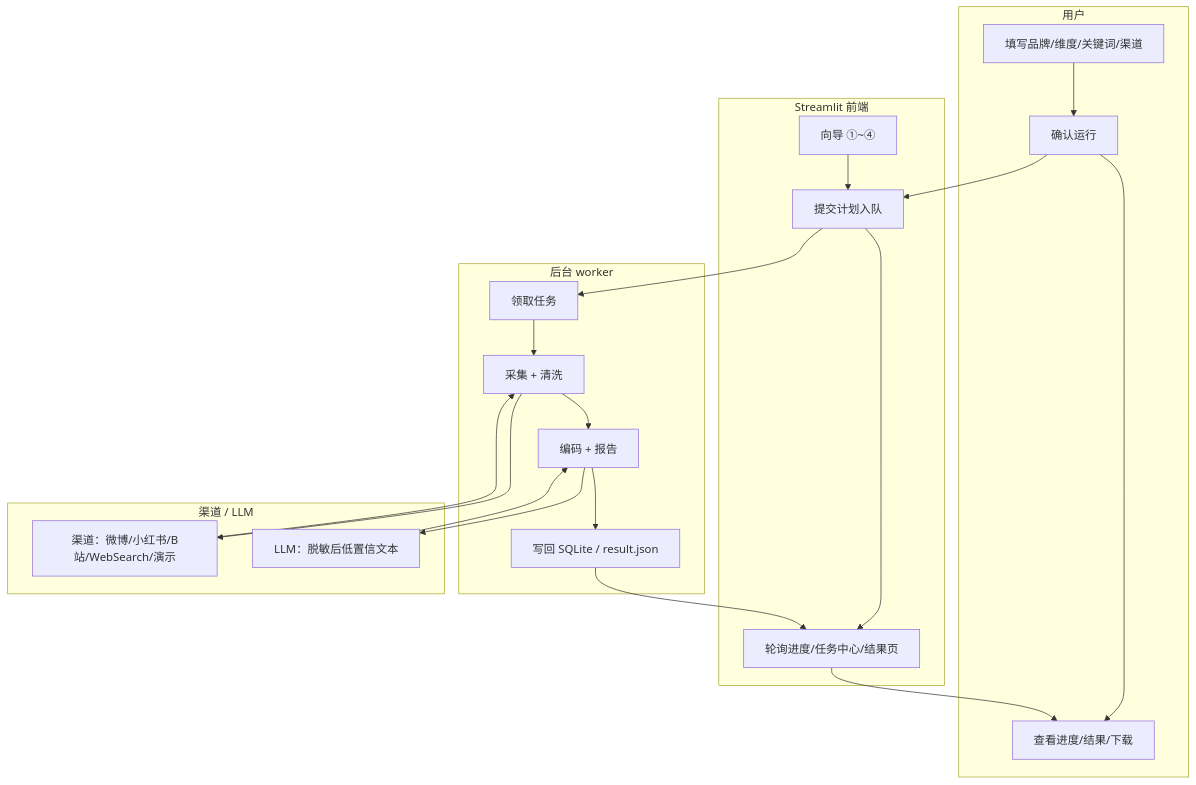
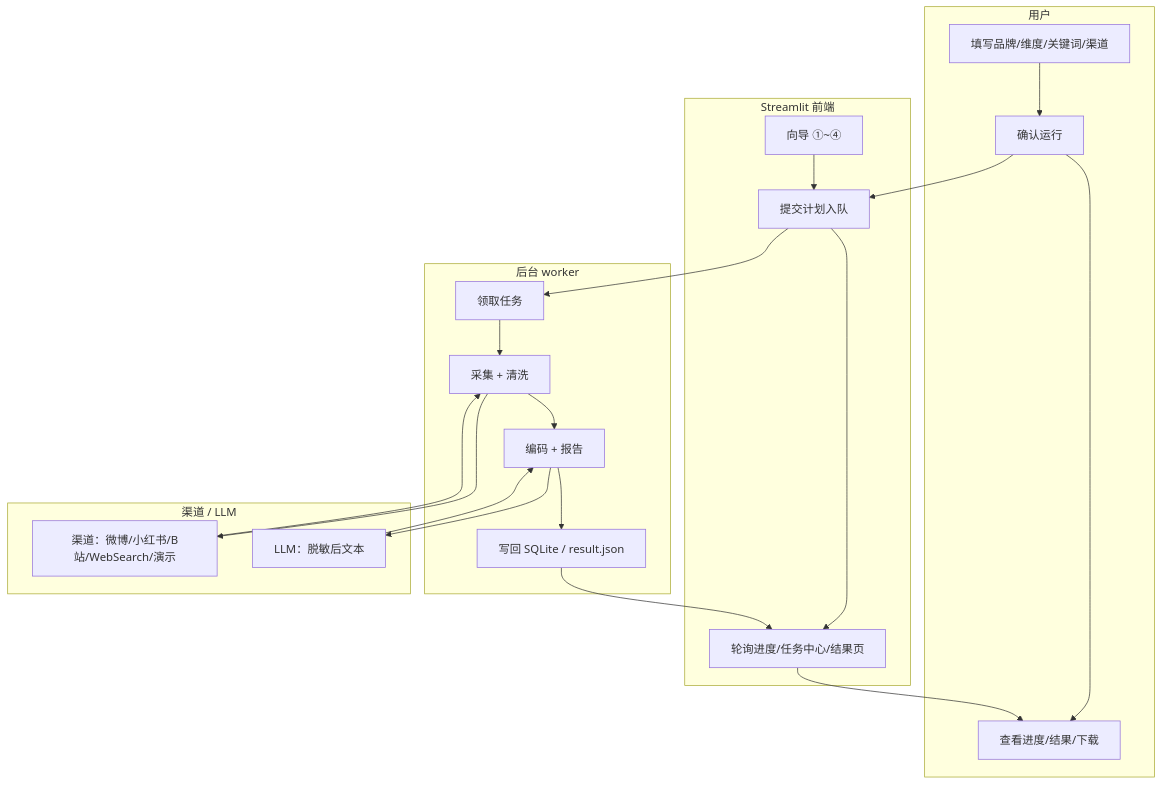
The second of 2 diagrams in docs/PRD.md (chlorella666/social_media_sentiment), drawn with Mermaid before and after one commit. The commit also changed other lines of this file and 5 other files, not shown here.

````diff
--- a/docs/PRD.md
+++ b/docs/PRD.md
@@ -58,24 +58,24 @@
 ```mermaid
 flowchart TB
     subgraph 用户["用户"]
         U1["填写品牌/维度/关键词/渠道"] --> U2["确认运行"] --> U3["查看进度/结果/下载"]
     end
     subgraph 前端["Streamlit 前端"]
         F1["向导 ①~④"] --> F2["提交计划入队"] --> F3["轮询进度/任务中心/结果页"]
     end
     subgraph 后台["后台 worker"]
         W1["领取任务"] --> W2["采集 + 清洗"] --> W3["编码 + 报告"] --> W4["写回 SQLite / result.json"]
     end
     subgraph 外部["渠道 / LLM"]
         C1["渠道：微博/小红书/B站/WebSearch/演示"]
-        L1["LLM：脱敏后低置信文本"]
+        L1["LLM：脱敏后文本"]
     end
     U2 --> F2
     F2 --> W1
     W2 --> C1
     C1 --> W2
     W3 --> L1
     L1 --> W3
     W4 --> F3
     F3 --> U3
 ```
````
